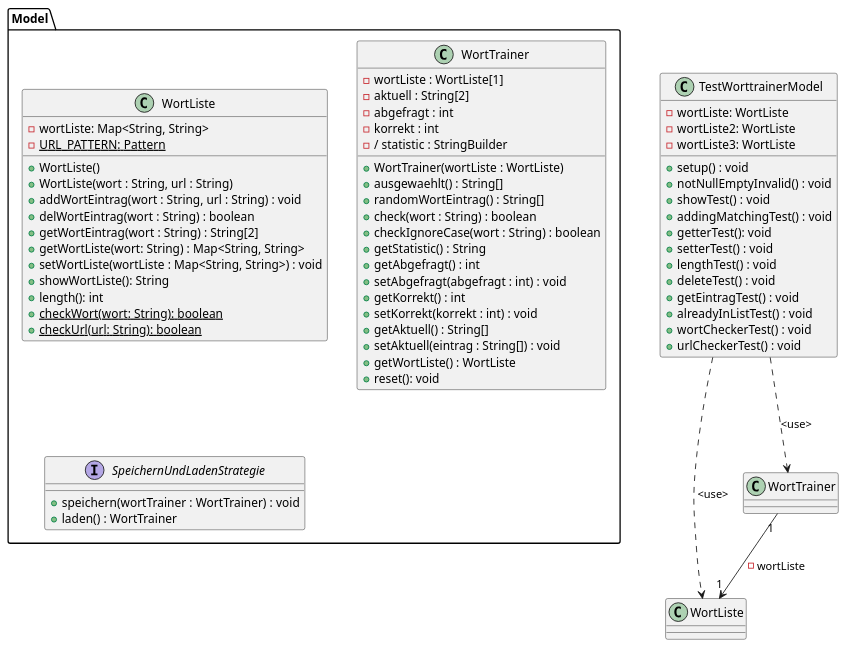
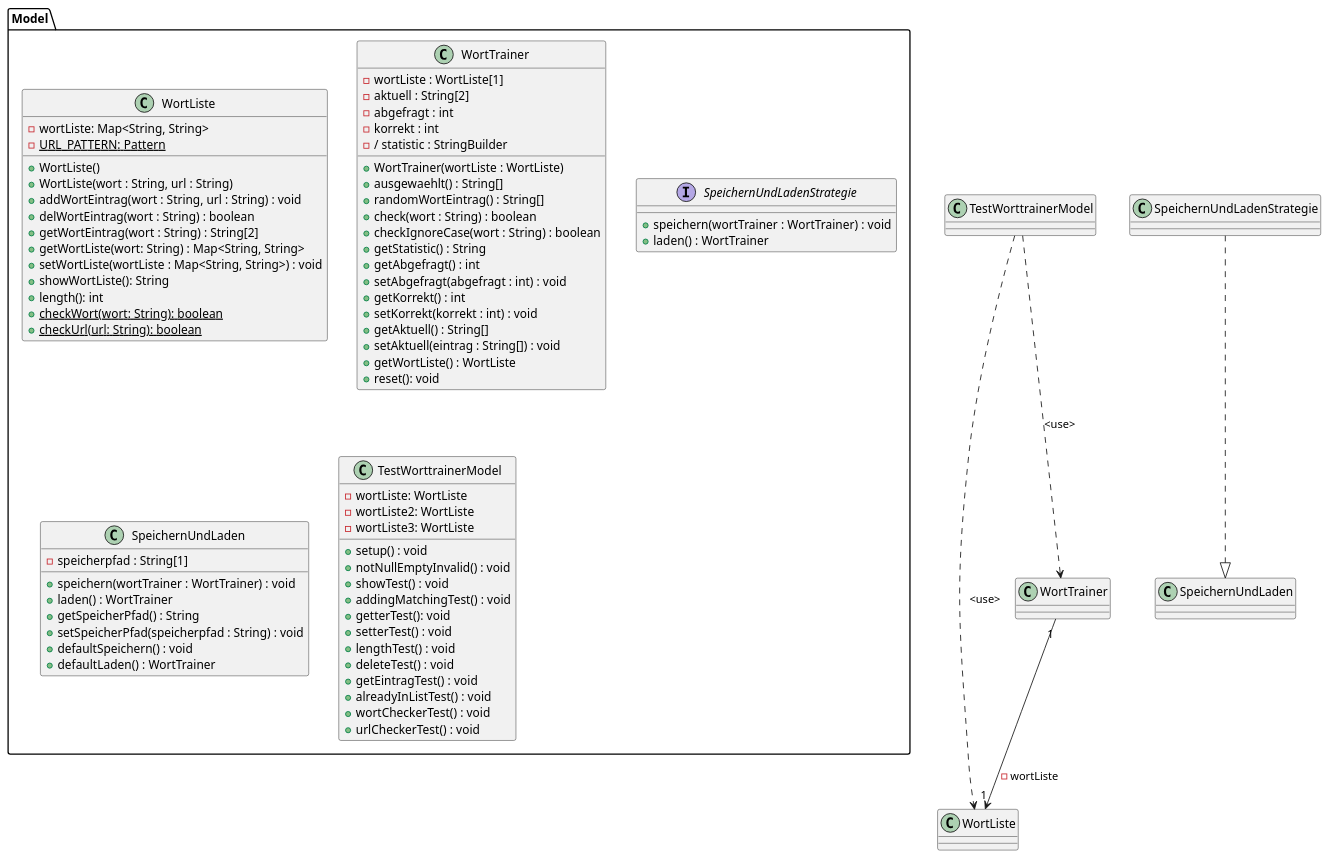
One commit to TGM-HIT/sew9-2425-worttrainer-Batscho changed the diagram in src/main/resources/Worttrainer Reloaded.puml. Above: the diagram before and after it, drawn with PlantUML. The commit also changed 1 other file, not shown here.

Commit message:
[GK] Worttrainer Reloaded Commit 39: Das UML für die SpeichernUndLaden Klasse wurde bereits kreiert und nun geht es ans Coden.

```diff
--- a/src/main/resources/Worttrainer Reloaded.puml
+++ b/src/main/resources/Worttrainer Reloaded.puml
@@ -1,72 +1,81 @@
 @startuml
 'https://plantuml.com/class-diagram
 
 TestWorttrainerModel ..> WortListe : <use>
 TestWorttrainerModel ..> WortTrainer : <use>
 WortTrainer "1" --> "1" WortListe : - wortListe
-
+SpeichernUndLadenStrategie ..|> SpeichernUndLaden
 package Model {
 class WortListe {
 - wortListe: Map<String, String>
 - {static} URL_PATTERN: Pattern
 + WortListe()
 + WortListe(wort : String, url : String)
 + addWortEintrag(wort : String, url : String) : void
 + delWortEintrag(wort : String) : boolean
 + getWortEintrag(wort : String) : String[2]
 + getWortListe(wort: String) : Map<String, String>
 + setWortListe(wortListe : Map<String, String>) : void
 + showWortListe(): String
 + length(): int
 + {static} checkWort(wort: String): boolean
 + {static} checkUrl(url: String): boolean
 }
 
 class WortTrainer {
 - wortListe : WortListe[1]
 - aktuell : String[2]
 - abgefragt : int
 - korrekt : int
 - / statistic : StringBuilder
 + WortTrainer(wortListe : WortListe)
 + ausgewaehlt() : String[]
 + randomWortEintrag() : String[]
 + check(wort : String) : boolean
 + checkIgnoreCase(wort : String) : boolean
 + getStatistic() : String
 + getAbgefragt() : int
 + setAbgefragt(abgefragt : int) : void
 + getKorrekt() : int
 + setKorrekt(korrekt : int) : void
 + getAktuell() : String[]
 + setAktuell(eintrag : String[]) : void
 + getWortListe() : WortListe
 + reset(): void
 }
 
 interface SpeichernUndLadenStrategie {
 + speichern(wortTrainer : WortTrainer) : void
 + laden() : WortTrainer
 }
+
+class SpeichernUndLaden {
+- speicherpfad : String[1]
++ speichern(wortTrainer : WortTrainer) : void
++ laden() : WortTrainer
++ getSpeicherPfad() : String
++ setSpeicherPfad(speicherpfad : String) : void
++ defaultSpeichern() : void
++ defaultLaden() : WortTrainer
 }
 
 
 class TestWorttrainerModel {
 - wortListe: WortListe
 - wortListe2: WortListe
 - wortListe3: WortListe
 + setup() : void
 + notNullEmptyInvalid() : void
 + showTest() : void
 + addingMatchingTest() : void
 + getterTest(): void
 + setterTest() : void
 + lengthTest() : void
 + deleteTest() : void
 + getEintragTest() : void
 + alreadyInListTest() : void
 + wortCheckerTest() : void
 + urlCheckerTest() : void
 }
 
 @enduml
```
